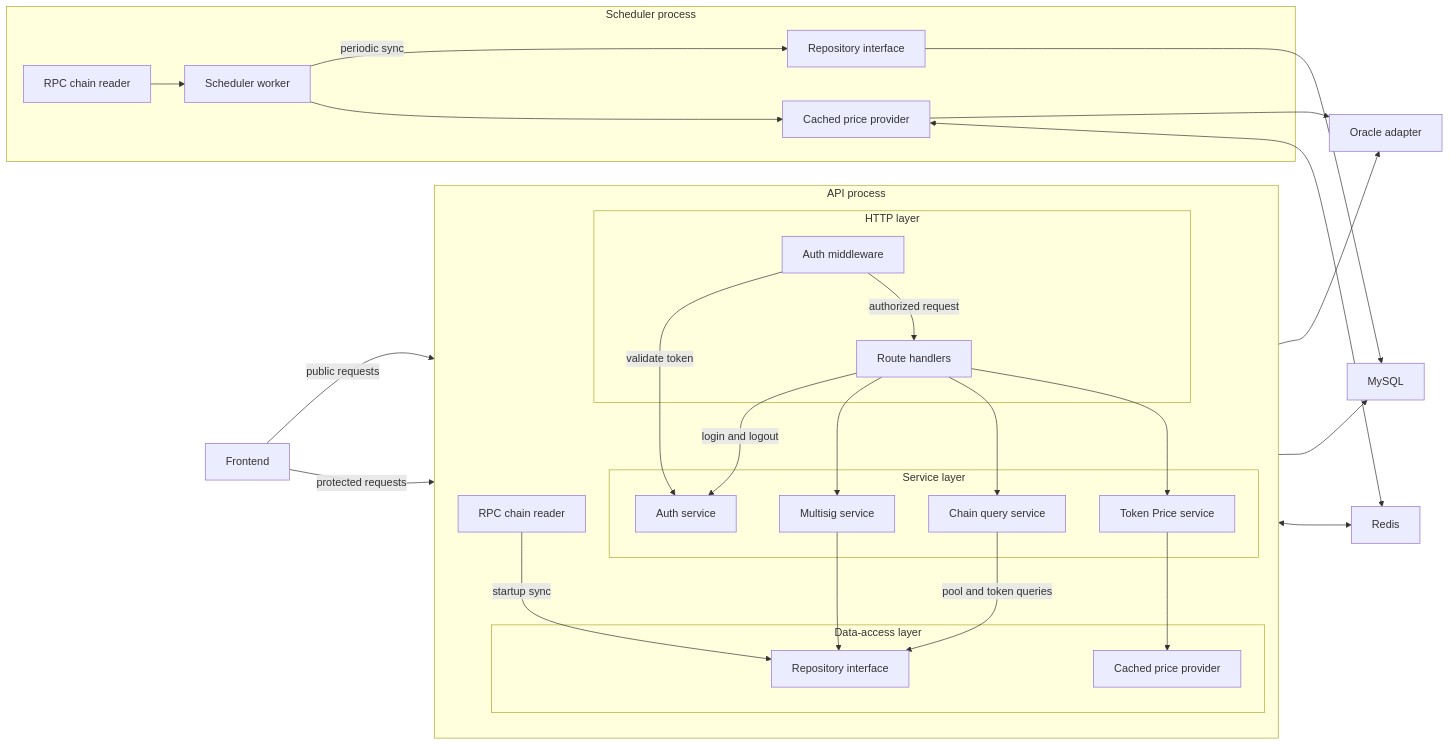
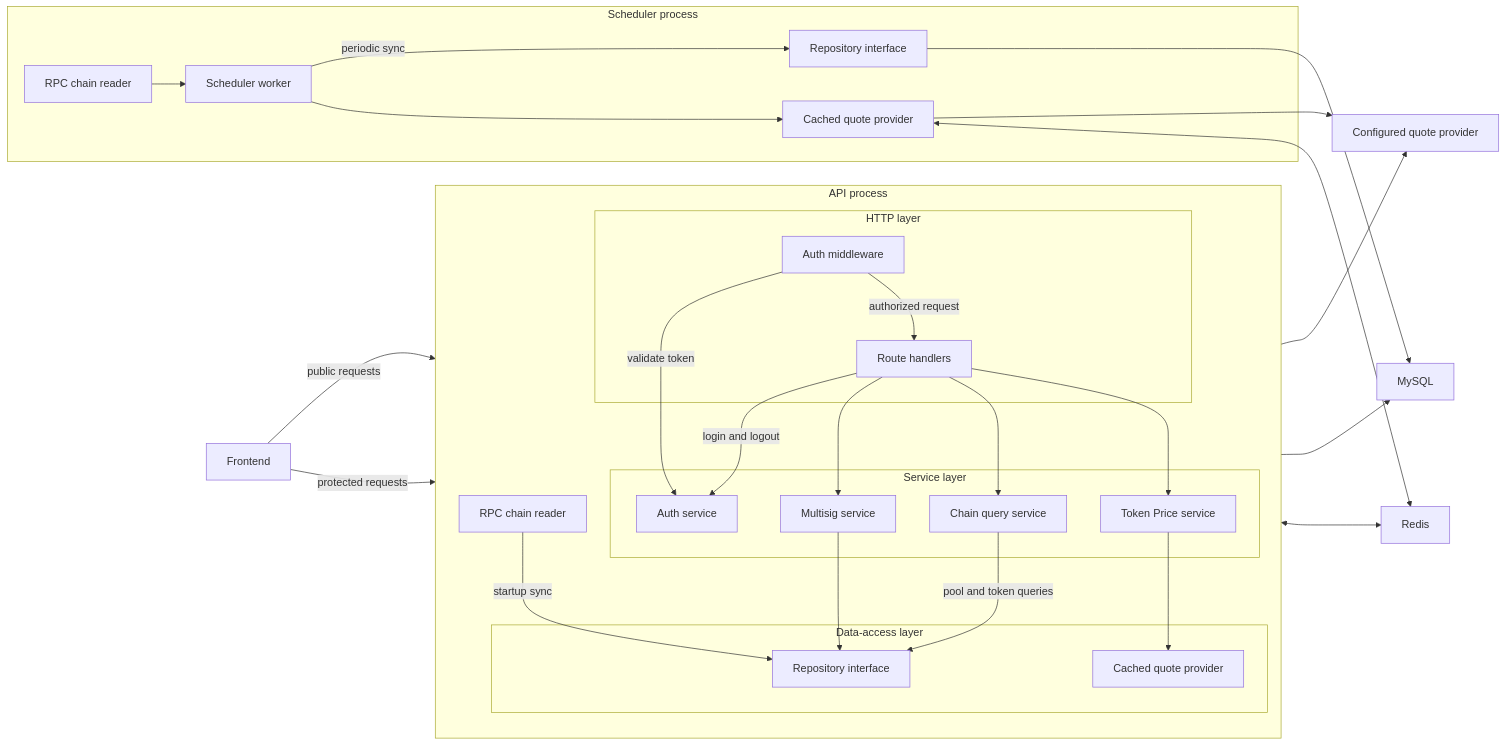
The diagram in backend/README.md (lancechuangdev/prism), drawn with Mermaid before and after one commit. The commit also changed other lines of this file and 15 other files, not shown here.

Commit message:
use http quote provider for production

````diff
--- a/backend/README.md
+++ b/backend/README.md
@@ -21,49 +21,49 @@
 ```mermaid
 flowchart LR
   Client[Frontend] -->|public requests| Routes
   Client -->|protected requests| AuthMiddleware
 
   subgraph APIProcess[API process]
     direction TB
     subgraph HTTPAPI[HTTP layer]
       AuthMiddleware[Auth middleware]
       Routes[Route handlers]
       AuthMiddleware -->|authorized request| Routes
     end
 
     subgraph APIServices[Service layer]
       Auth[Auth service]
       ChainService[Chain query service]
       MultiSig[Multisig service]
       PriceService[Token Price service]
     end
 
     subgraph APIData[Data-access layer]
       APIRepo[Repository interface]
-      APICachedProvider[Cached price provider]
+      APICachedQuoteProvider[Cached quote provider]
     end
 
     Routes -->|login and logout| Auth
     AuthMiddleware -->|validate token| Auth
     Routes --> ChainService
     Routes --> MultiSig
     Routes --> PriceService
     ChainService -->|pool and token queries| APIRepo
     MultiSig --> APIRepo
-    PriceService --> APICachedProvider
+    PriceService --> APICachedQuoteProvider
     RPCChainA[RPC chain reader] -->|startup sync| APIRepo
   end
 
   subgraph SchedulerProcess[Scheduler process]
     Scheduler[Scheduler worker] -->|periodic sync| SchedulerRepo[Repository interface]
     RPCChainS[RPC chain reader] --> Scheduler
-    Scheduler --> SchedulerCachedProvider[Cached price provider]
+    Scheduler --> SchedulerCachedQuoteProvider[Cached quote provider]
   end
 
-  APICachedProvider --> OracleAdapter[Oracle adapter]
-  SchedulerCachedProvider --> OracleAdapter[Oracle adapter]
+  APICachedQuoteProvider --> QuoteProvider[Configured quote provider]
+  SchedulerCachedQuoteProvider --> QuoteProvider
   APIRepo --> MySQL
   SchedulerRepo --> MySQL
-  APICachedProvider <--> Redis
-  SchedulerCachedProvider <--> Redis
+  APICachedQuoteProvider <--> Redis
+  SchedulerCachedQuoteProvider <--> Redis
 ```
````
